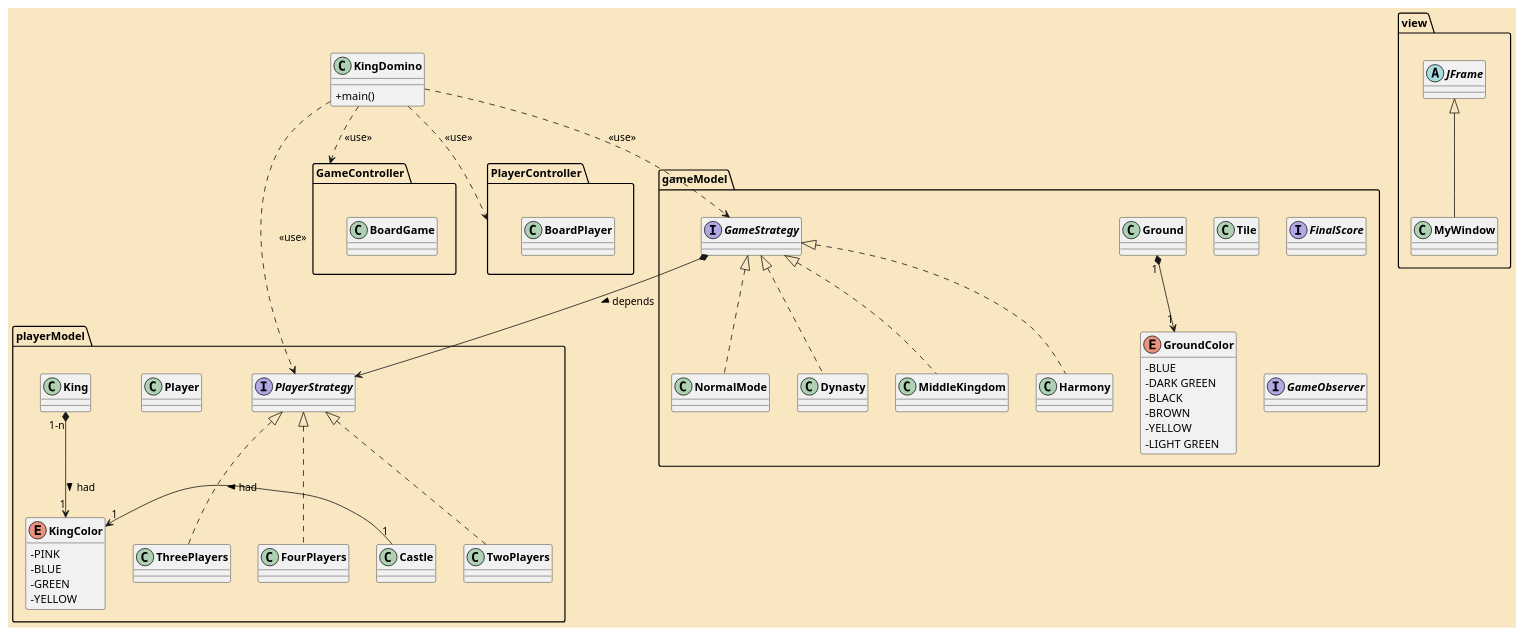
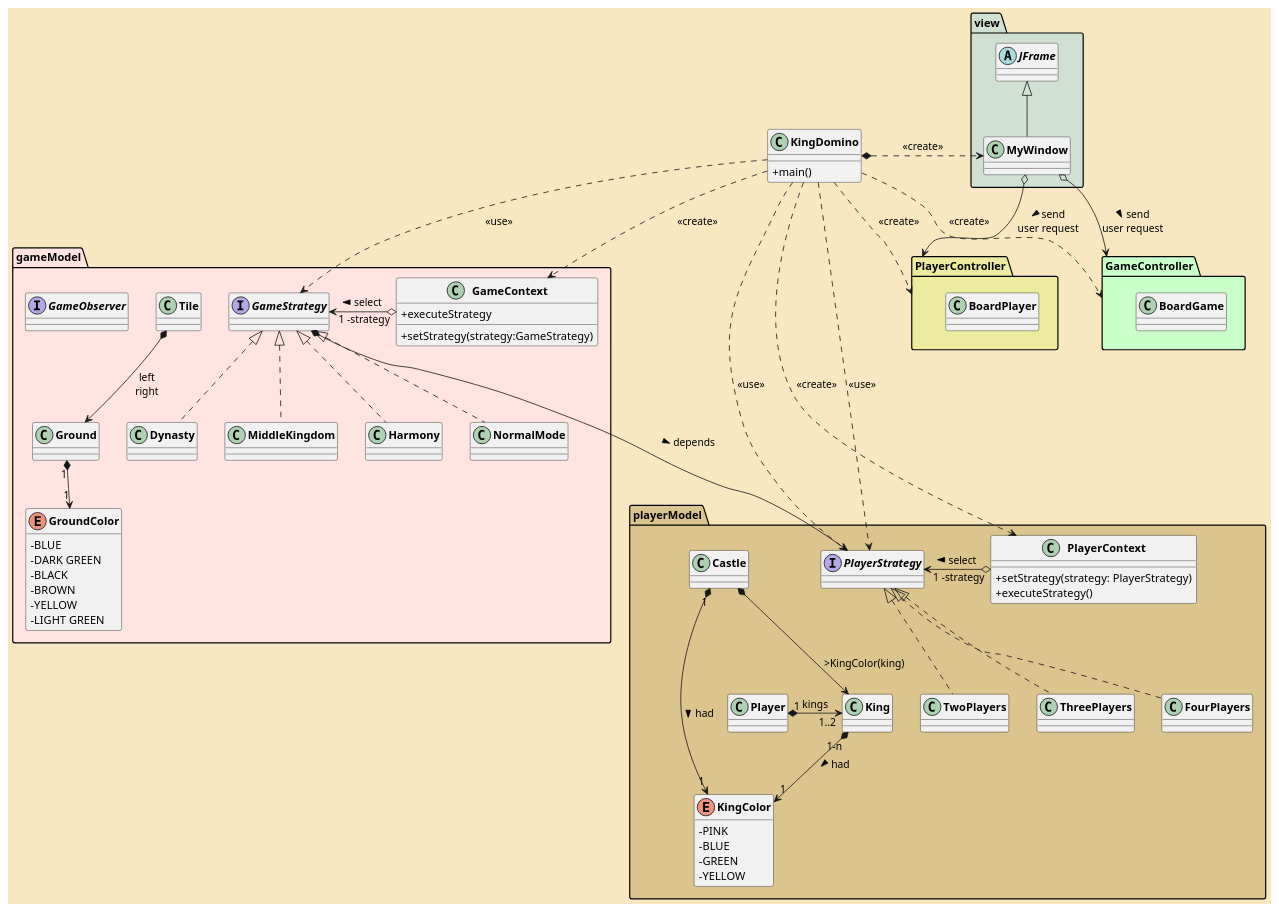
Before and after one commit to ErenMustafaGit/Kingdomino: the diagram in kingdomino/UML/View.puml, drawn with PlantUML.

Commit message:
UPDATE UML : MVC

```diff
--- a/kingdomino/UML/View.puml
+++ b/kingdomino/UML/View.puml
@@ -1,136 +1,151 @@
 @startuml
 'skinparam style strictuml
 skinparam classAttributeIconSize 0
 skinparam classFontStyle Bold
 hide enum methods
 skinparam BackgroundColor Strategy
 
 'class main qui va executer le jeu
 class KingDomino{
 +main()
 }
 
 
 'package VIEW
-package view{
+package view #D0E1D4{
     'application du jeu (design avec Swing)
     class MyWindow extends JFrame{
 
     }
     'JFRAME
     abstract class JFrame{
     }
 }
 'package CONTROLLER
-package GameController{
+package GameController #technology{
     ' plateau de jeu
     class BoardGame{
 
     }
 }
 'package PlayerController
-package PlayerController{
+package PlayerController #EDEBA0{
     'plateau du joueur
         class BoardPlayer{
 
         }
 }
 'package MODEL jeu
-package gameModel{
+package gameModel #mistyrose{
     'tuiles numéroté
     class Tile{
-
-    }
-    'interface finalScore qui dit le score final du jeu (si la partie est terminé)
-    interface FinalScore{
 
     }
     'coté de la tuile (droite ou gauche)
     class Ground{
 
     }
     'couleur des cotés de la tuile
     enum GroundColor{
     -BLUE
     -DARK GREEN
     -BLACK
     -BROWN
     -YELLOW
     -LIGHT GREEN
     }
-    'strategy permettant de pouvoir choisir le jeu qu'on veut-
-
-
+    'strategy permettant de pouvoir choisir le jeu qu'on veut
     interface GameStrategy{
 
+    }
+    'contexte du jeu
+    class GameContext{
+    +setStrategy(strategy:GameStrategy)
+    +executeStrategy
     }
     class NormalMode implements GameStrategy{
 
     }
     'classe dynastie
     class Dynasty implements GameStrategy{
 
     }
     'class empire du milieu
     class MiddleKingdom implements GameStrategy{
 
     }
 
     'class harmonie
     class Harmony implements GameStrategy{
 
     }
     'interface observer qui va permettre de notifier les changements
     interface GameObserver{
-
+'aussi le score final
     }
 }
 'package model joueur
-package playerModel{
+package playerModel #DCC48E{
     'interface players
     interface PlayerStrategy{
 
+    }
+    'class contexte de la stratégie
+    class PlayerContext{
+    + setStrategy(strategy: PlayerStrategy)
+    + executeStrategy()
     }
     class TwoPlayers implements PlayerStrategy{
 
     }
 
     class ThreePlayers implements PlayerStrategy{
     }
 
    class FourPlayers implements PlayerStrategy{
 
    }
     'joueur
     class Player{
 
     }
 
     'roi
     class King{
 
     }
     'class chateau
     class Castle{
 
     }
 
     'couleur du roi et du chateau
     enum KingColor{
     -PINK
     -BLUE
     -GREEN
     -YELLOW
     }
 }
 
-GameStrategy *-->PlayerStrategy : > depends
+GameStrategy *--->PlayerStrategy : > depends
 Ground "1"*-->"1"GroundColor
 King"1-n"*-->"1" KingColor: > had
-Castle"1"->"1"KingColor : > had
-KingDomino..> PlayerController : <<use>>
-KingDomino..> GameController : <<use>>
+Castle"1"*-->"1"KingColor : > had
+KingDomino..> PlayerController : <<create>>
+KingDomino..> GameController : <<create>>
 KingDomino.> PlayerStrategy : <<use>>
 KingDomino..> GameStrategy : <<use>>
+Player "1"*->"1..2"King : kings
+KingDomino *.> MyWindow : <<create>>
+Castle *--> King: >KingColor(king)
+KingDomino ..>PlayerStrategy : <<use>>
+KingDomino ..>PlayerContext : <<create>>
+PlayerContext o-> PlayerStrategy :"1 -strategy" > select
+KingDomino ..>GameContext : <<create>>
+GameContext o-> GameStrategy :"1 -strategy" > select
+Tile *-->Ground : "left\nright"
+MyWindow o--> GameController : > send \nuser request
+MyWindow o--> PlayerController : > send \nuser request
 
 @enduml
```
